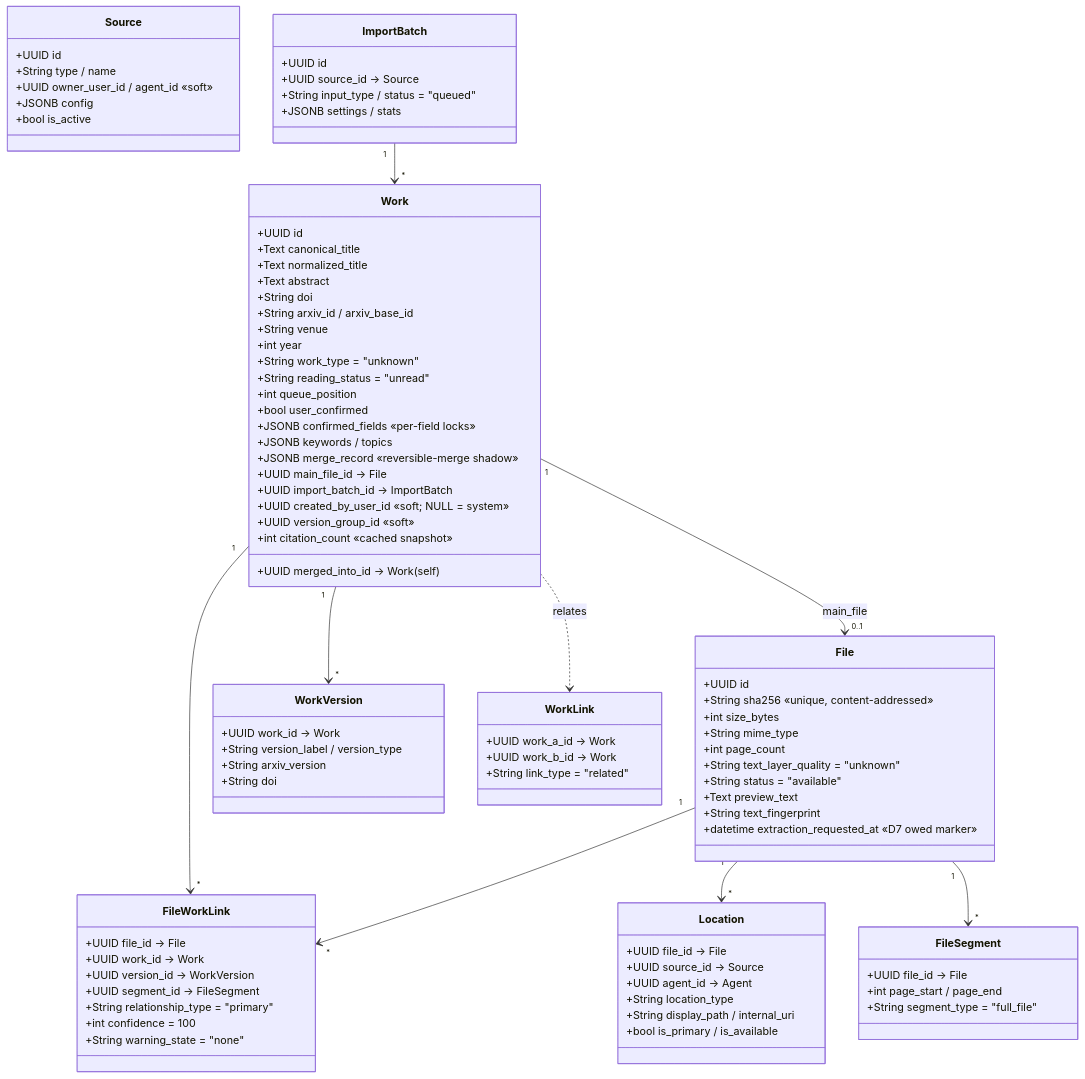
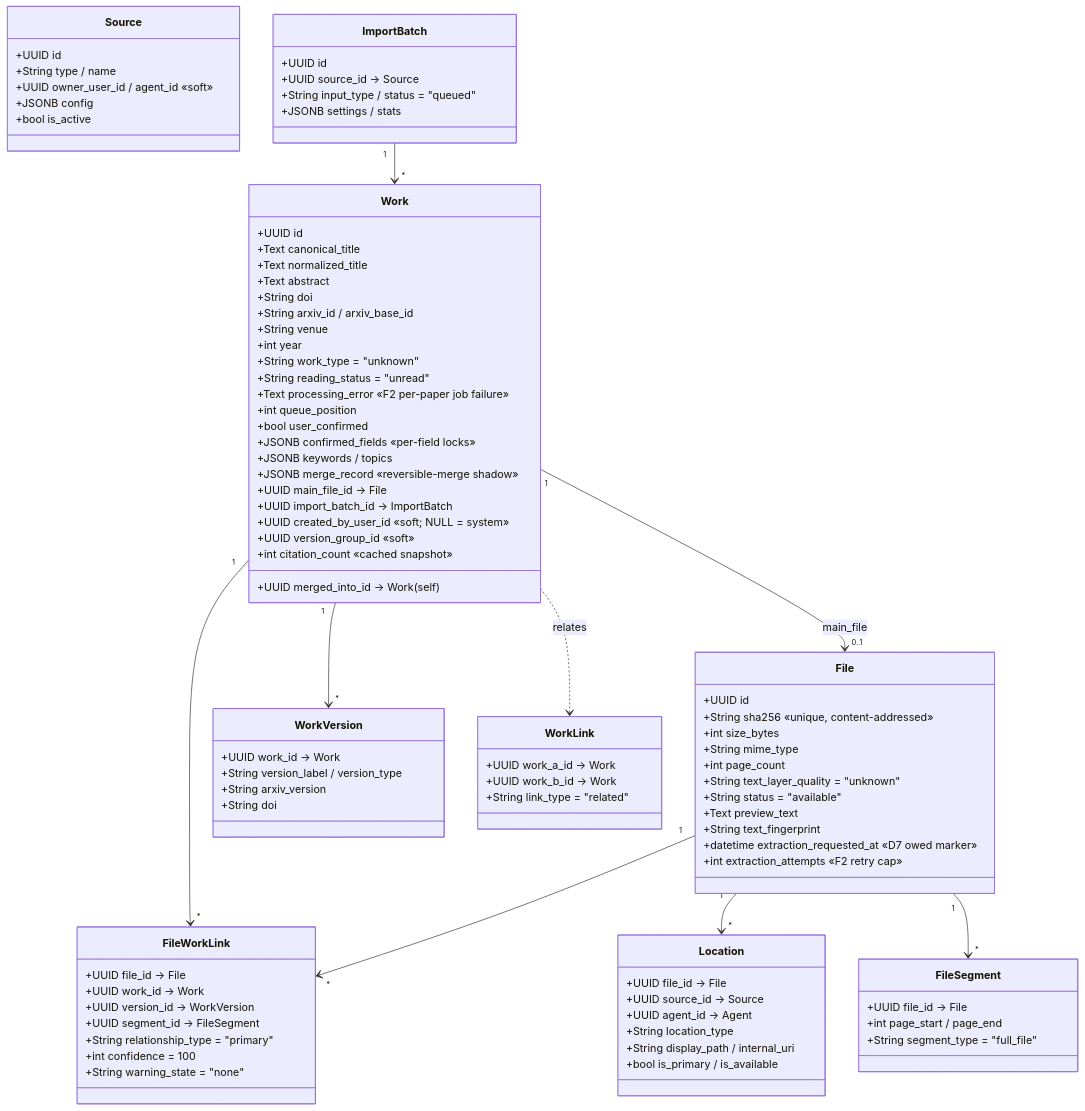
The second of 4 diagrams in docs/reference/02_data_model.md (radoskov/paracord), drawn with Mermaid before and after one commit. The commit also changed other lines of this file and 8 other files, not shown here.

```diff
--- a/docs/reference/02_data_model.md
+++ b/docs/reference/02_data_model.md
@@ -120,6 +120,7 @@
         +int year
         +String work_type = "unknown"
         +String reading_status = "unread"
+        +Text processing_error  «F2 per-paper job failure»
         +int queue_position
         +bool user_confirmed
         +JSONB confirmed_fields  «per-field locks»
@@ -143,6 +144,7 @@
         +Text preview_text
         +String text_fingerprint
         +datetime extraction_requested_at  «D7 owed marker»
+        +int extraction_attempts  «F2 retry cap»
     }
     class FileWorkLink {
         +UUID file_id → File
```
